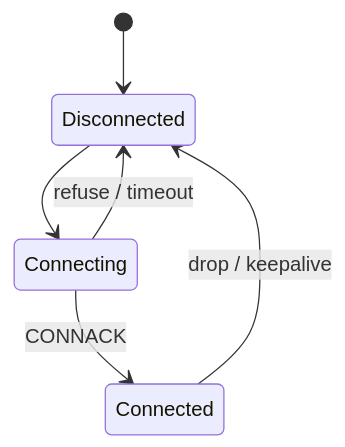
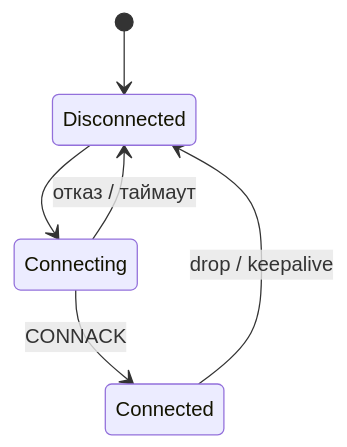
Before and after one commit to El-Vasao/AutoStartEspUnit: the diagram in docs/modules/mqtt.md, drawn with Mermaid. The commit also changed other lines of this file and 172 other files, not shown here.

````diff
--- a/docs/modules/mqtt.md
+++ b/docs/modules/mqtt.md
@@ -3,8 +3,8 @@
 ```mermaid
 stateDiagram-v2
   [*] --> Disconnected
   Disconnected --> Connecting
   Connecting --> Connected: CONNACK
-  Connecting --> Disconnected: refuse / timeout
+  Connecting --> Disconnected: отказ / таймаут
   Connected --> Disconnected: drop / keepalive
 ```
````
